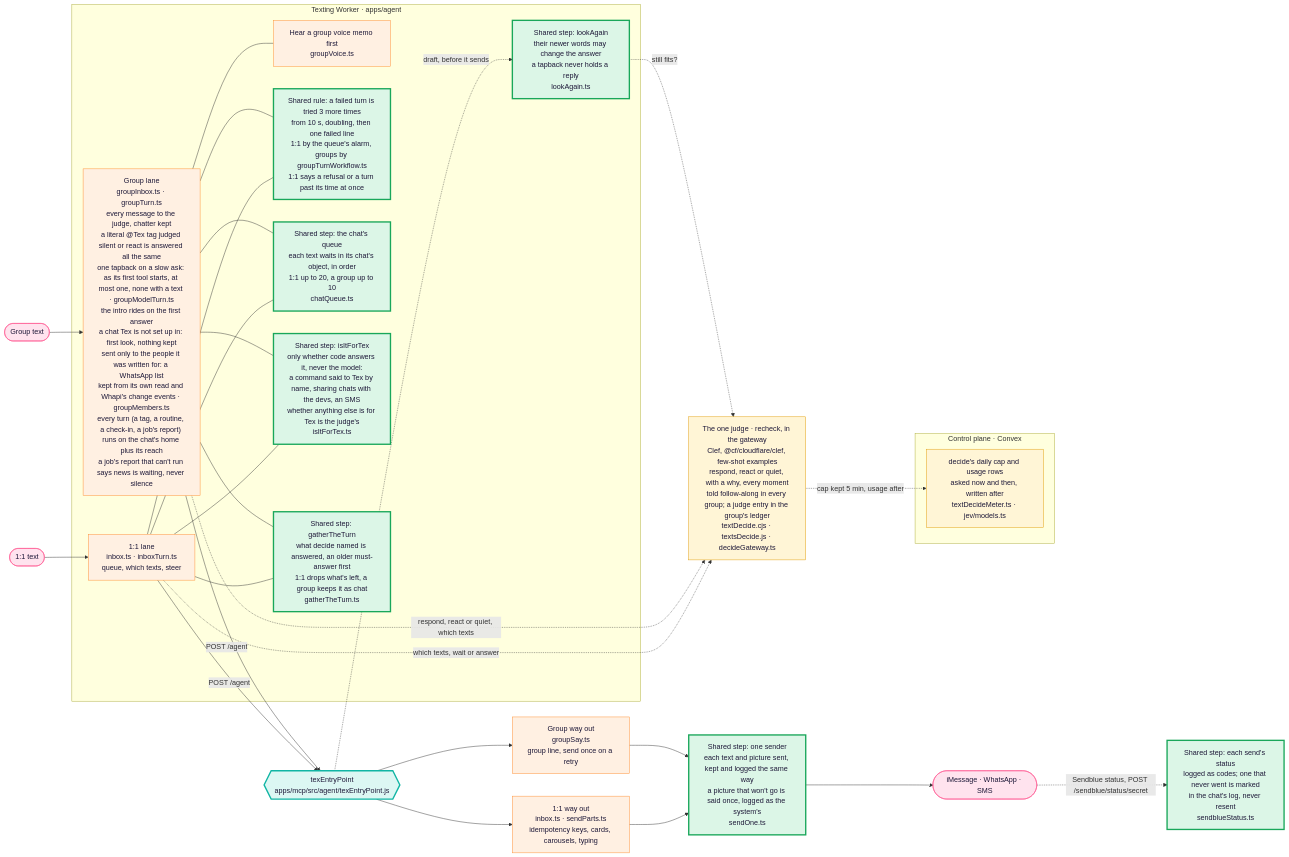
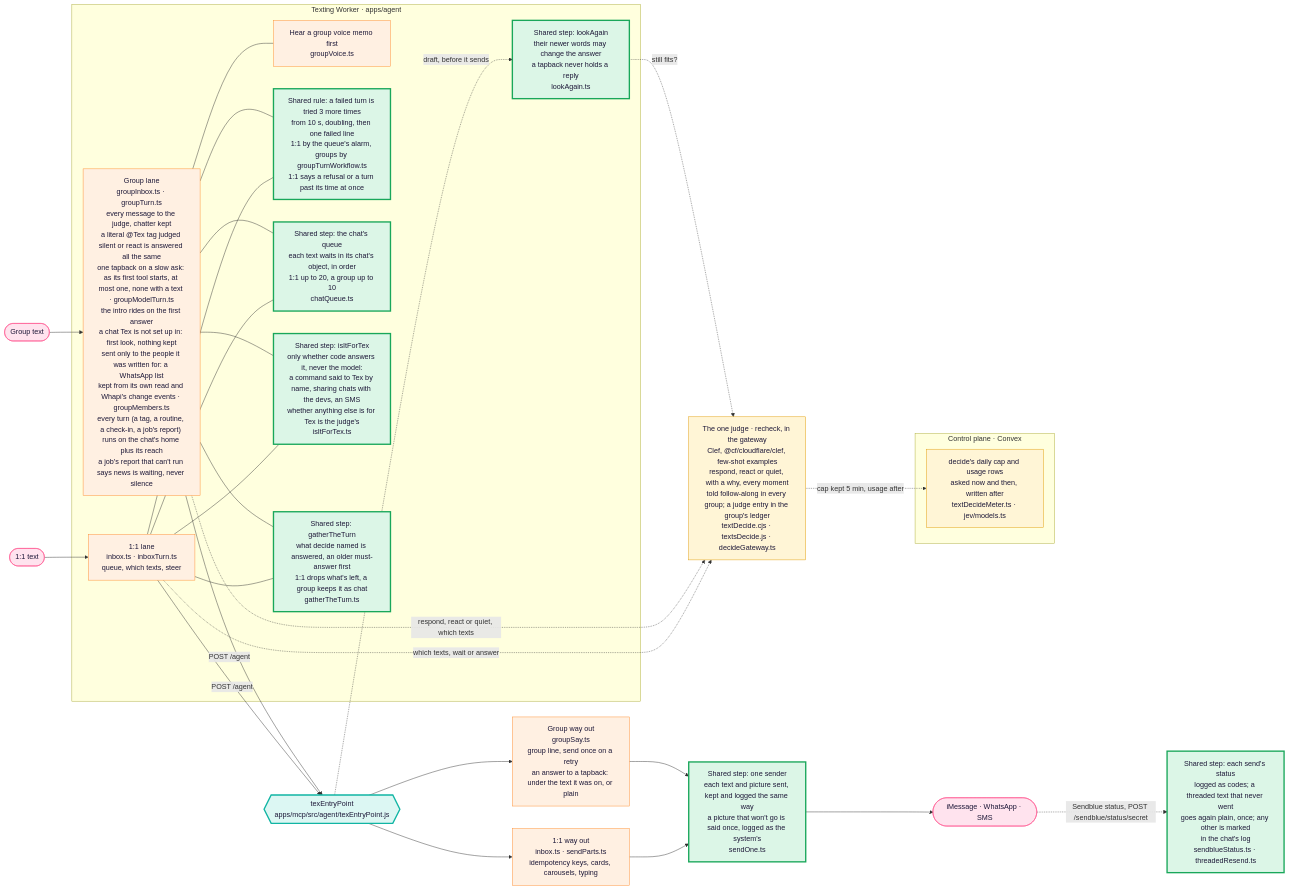
The first of 3 diagrams in docs/architecture/tex.md (Supa-Media/context), drawn with Mermaid before and after one commit. The commit also changed other lines of this file and 13 other files, not shown here.

First line of the commit message:
Tex: answers to a tapback reach the group; a failed threaded text goes again plain

````diff
--- a/docs/architecture/tex.md
+++ b/docs/architecture/tex.md
@@ -22,47 +22,47 @@
 ```mermaid
 flowchart LR
   P1([1:1 text]):::you --> W1
   P2([Group text]):::you --> W2
   subgraph Worker["Texting Worker · apps/agent"]
     W1["1:1 lane<br/>inbox.ts · inboxTurn.ts<br/>queue, which texts, steer"]:::pipe
     W2["Group lane<br/>groupInbox.ts · groupTurn.ts<br/>every message to the judge, chatter kept<br/>a literal @Tex tag judged silent or react is answered all the same<br/>one tapback on a slow ask: as its first tool starts, at most one, none with a text · groupModelTurn.ts<br/>the intro rides on the first answer<br/>a chat Tex is not set up in: first look, nothing kept<br/>sent only to the people it was written for: a WhatsApp list<br/>kept from its own read and Whapi's change events · groupMembers.ts<br/>every turn (a tag, a routine, a check-in, a job's report) runs on the chat's home plus its reach<br/>a job's report that can't run says news is waiting, never silence"]:::pipe
     H["Hear a group voice memo first<br/>groupVoice.ts"]:::pipe
     W2 --- H
     LA["Shared step: lookAgain<br/>their newer words may change the answer<br/>a tapback never holds a reply<br/>lookAgain.ts"]:::shared
     RT["Shared rule: a failed turn is tried 3 more times<br/>from 10 s, doubling, then one failed line<br/>1:1 by the queue's alarm, groups by groupTurnWorkflow.ts<br/>1:1 says a refusal or a turn past its time at once"]:::shared
     W1 --- RT
     W2 --- RT
     Q["Shared step: the chat's queue<br/>each text waits in its chat's object, in order<br/>1:1 up to 20, a group up to 10<br/>chatQueue.ts"]:::shared
     W1 --- Q
     W2 --- Q
     FT["Shared step: isItForTex<br/>only whether code answers it, never the model:<br/>a command said to Tex by name, sharing chats with the devs, an SMS<br/>whether anything else is for Tex is the judge's<br/>isItForTex.ts"]:::shared
     W1 --- FT
     W2 --- FT
     GT["Shared step: gatherTheTurn<br/>what decide named is answered, an older must-answer first<br/>1:1 drops what's left, a group keeps it as chat<br/>gatherTheTurn.ts"]:::shared
     W1 --- GT
     W2 --- GT
   end
   D["The one judge · recheck, in the gateway<br/>Clef, @cf/cloudflare/clef, few-shot examples<br/>respond, react or quiet, with a why, every moment<br/>told follow-along in every group; a judge entry in the group's ledger<br/>textDecide.cjs · textsDecide.js · decideGateway.ts"]:::judge
   subgraph Control["Control plane · Convex"]
     CAP["decide's daily cap and usage rows<br/>asked now and then, written after<br/>textDecideMeter.ts · jev/models.ts"]:::judge
   end
   D -. cap kept 5 min, usage after .-> CAP
   W1 -. which texts, wait or answer .-> D
   W2 -. respond, react or quiet, which texts .-> D
   E -. draft, before it sends .-> LA
   LA -. still fits? .-> D
   W1 -->|POST /agent| E
   W2 -->|POST /agent| E
   E{{"texEntryPoint<br/>apps/mcp/src/agent/texEntryPoint.js"}}:::door
   E --> S1["1:1 way out<br/>inbox.ts · sendParts.ts<br/>idempotency keys, cards, carousels, typing"]:::pipe
-  E --> S2["Group way out<br/>groupSay.ts<br/>group line, send once on a retry"]:::pipe
+  E --> S2["Group way out<br/>groupSay.ts<br/>group line, send once on a retry<br/>an answer to a tapback: under the text it was on, or plain"]:::pipe
   S1 --> SO["Shared step: one sender<br/>each text and picture sent, kept and logged the same way<br/>a picture that won't go is said once, logged as the system's<br/>sendOne.ts"]:::shared
   S2 --> SO
   SO --> Out([iMessage · WhatsApp · SMS]):::you
-  Out -. "Sendblue status, POST /sendblue/status/secret" .-> ST["Shared step: each send's status<br/>logged as codes; one that never went is marked<br/>in the chat's log, never resent<br/>sendblueStatus.ts"]:::shared
+  Out -. "Sendblue status, POST /sendblue/status/secret" .-> ST["Shared step: each send's status<br/>logged as codes; a threaded text that never went<br/>goes again plain, once; any other is marked<br/>in the chat's log<br/>sendblueStatus.ts · threadedResend.ts"]:::shared
   classDef you fill:#ffe3ee,stroke:#ff4f8b,color:#1d1838
   classDef pipe fill:#fff0e2,stroke:#ff8a2a,color:#1d1838
   classDef door fill:#dcf7f3,stroke:#11b5a4,stroke-width:3px,color:#1d1838
   classDef judge fill:#fff5d6,stroke:#e09a00,color:#1d1838
   classDef shared fill:#dcf6e7,stroke:#19a75a,stroke-width:3px,color:#1d1838
 ```
````
